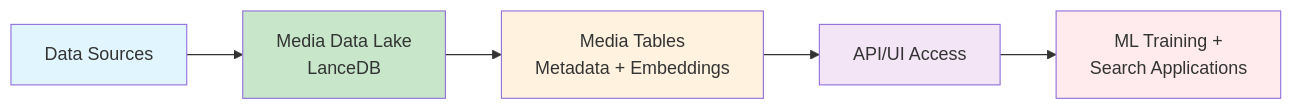
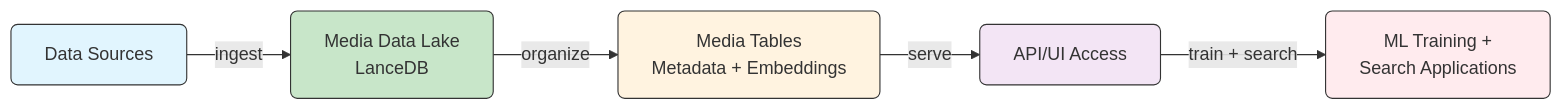
One commit to lancedb/blog-lancedb changed the first of 2 diagrams in content/blog/case-study-netflix.md. Above: the diagram before and after it, drawn with Mermaid. The commit also changed other lines of this file and 3 other files, not shown here.

````diff
--- a/content/blog/case-study-netflix.md
+++ b/content/blog/case-study-netflix.md
@@ -50,13 +50,13 @@
 ```mermaid
 graph LR
-    A[Data Sources] --> B[Media Data Lake<br/>LanceDB]
-    B --> C[Media Tables<br/>Metadata + Embeddings]
-    C --> D[API/UI Access]
-    D --> E[ML Training +<br/>Search Applications]
-    
-    style A fill:#e1f5fe
-    style B fill:#c8e6c9
-    style C fill:#fff3e0
-    style D fill:#f3e5f5
-    style E fill:#ffebee
+    classDef source fill:#e1f5fe,stroke:#333,stroke-width:1px,rx:6,ry:6
+    classDef lake fill:#c8e6c9,stroke:#333,stroke-width:1px,rx:6,ry:6
+    classDef table fill:#fff3e0,stroke:#333,stroke-width:1px,rx:6,ry:6
+    classDef access fill:#f3e5f5,stroke:#333,stroke-width:1px,rx:6,ry:6
+    classDef apps fill:#ffebee,stroke:#333,stroke-width:1px,rx:6,ry:6
+
+    A[Data Sources]:::source -->|ingest| B[Media Data Lake<br/>LanceDB]:::lake
+    B -->|organize| C[Media Tables<br/>Metadata + Embeddings]:::table
+    C -->|serve| D[API/UI Access]:::access
+    D -->|train + search| E[ML Training +<br/>Search Applications]:::apps
 ```
````
